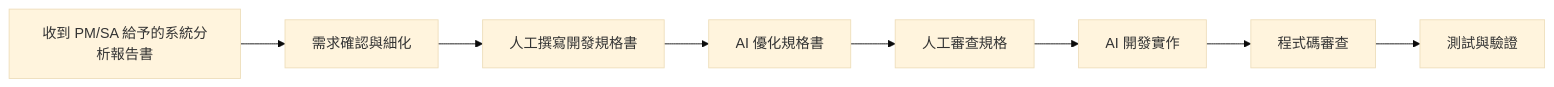
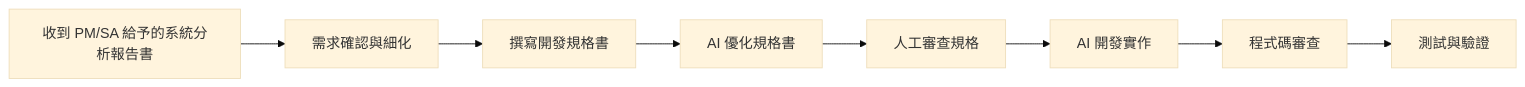
Before and after one commit to HyperLee/AI_Usage_in_Legacy_Projects: the diagram in README.md, drawn with Mermaid (base theme).

Commit message:
修正流程圖中的描述，將「人工撰寫開發規格書」更改為「撰寫開發規格書」

````diff
--- a/README.md
+++ b/README.md
@@ -300,10 +300,10 @@
 ```mermaid
 graph LR
     A[收到 PM/SA 給予的系統分析報告書] --> B[需求確認與細化]
-    B --> C[人工撰寫開發規格書]
+    B --> C[撰寫開發規格書]
     C --> D[AI 優化規格書]
     D --> E[人工審查規格]
     E --> F[AI 開發實作]
     F --> G[程式碼審查]
     G --> H[測試與驗證]
 ```
````
